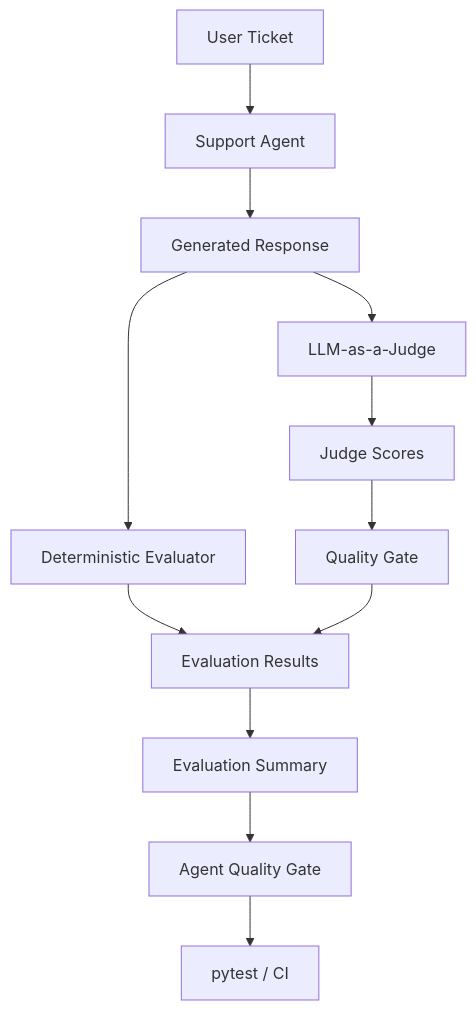
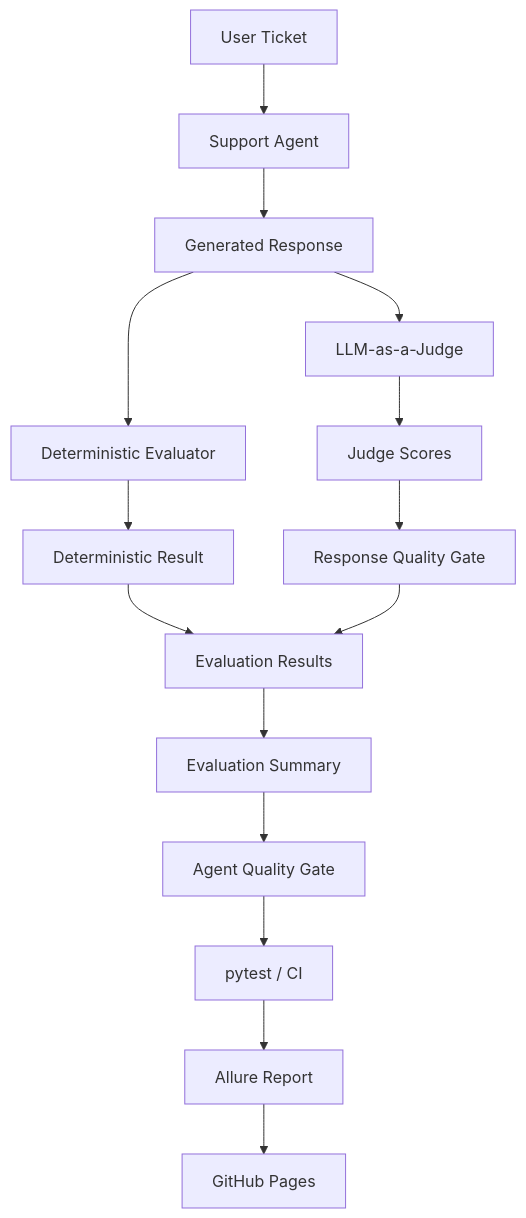
The diagram in README.md (ohadgr/ai-evals-quality-framework), drawn with Mermaid before and after one commit. The commit also changed other lines of this file, not shown here.

````diff
--- a/README.md
+++ b/README.md
@@ -20,18 +29,23 @@
 ```mermaid
 flowchart TD
     A[User Ticket] --> B[Support Agent]
     B --> C[Generated Response]
 
     C --> D[Deterministic Evaluator]
     C --> E[LLM-as-a-Judge]
 
-    E --> F[Judge Scores]
-    F --> G[Quality Gate]
+    D --> F[Deterministic Result]
+    E --> G[Judge Scores]
 
-    D --> H[Evaluation Results]
-    G --> H
+    G --> H[Response Quality Gate]
 
-    H --> I[Evaluation Summary]
-    I --> J[Agent Quality Gate]
-    J --> K[pytest / CI]
+    F --> I[Evaluation Results]
+    H --> I
+
+    I --> J[Evaluation Summary]
+    J --> K[Agent Quality Gate]
+    K --> L[pytest / CI]
+
+    L --> M[Allure Report]
+    M --> N[GitHub Pages]
 ```
````
